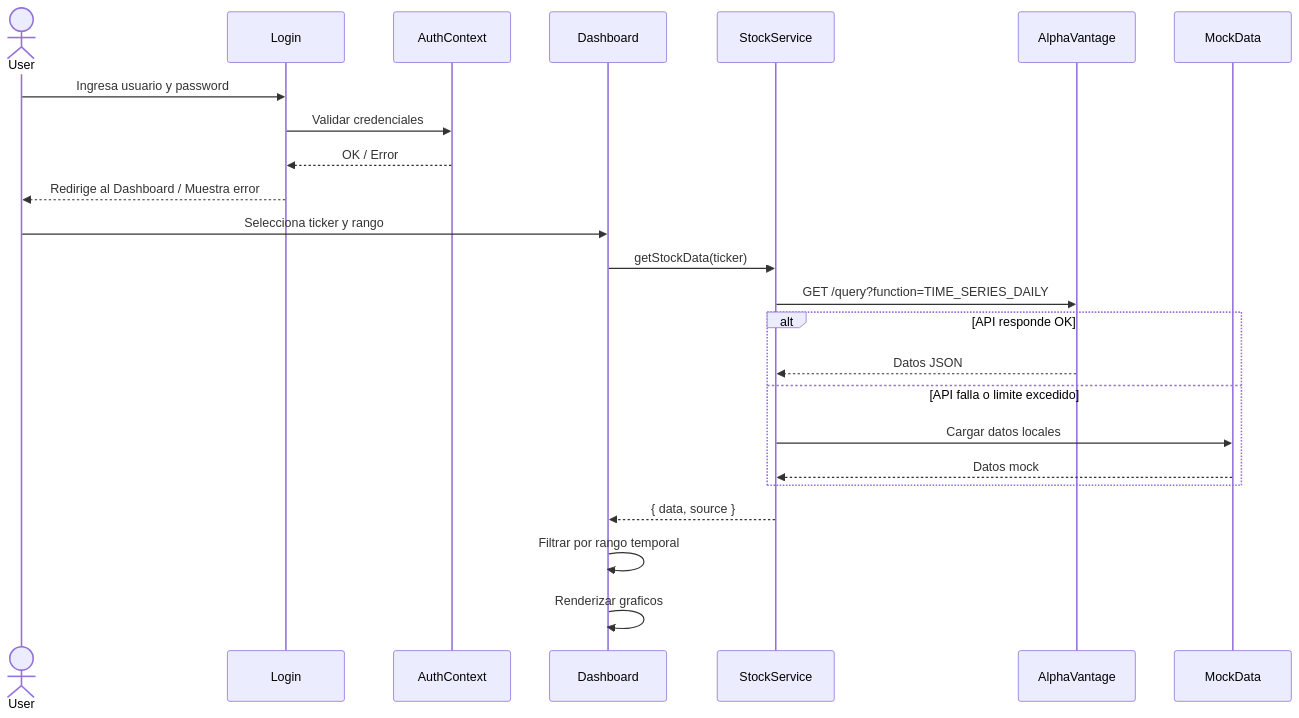
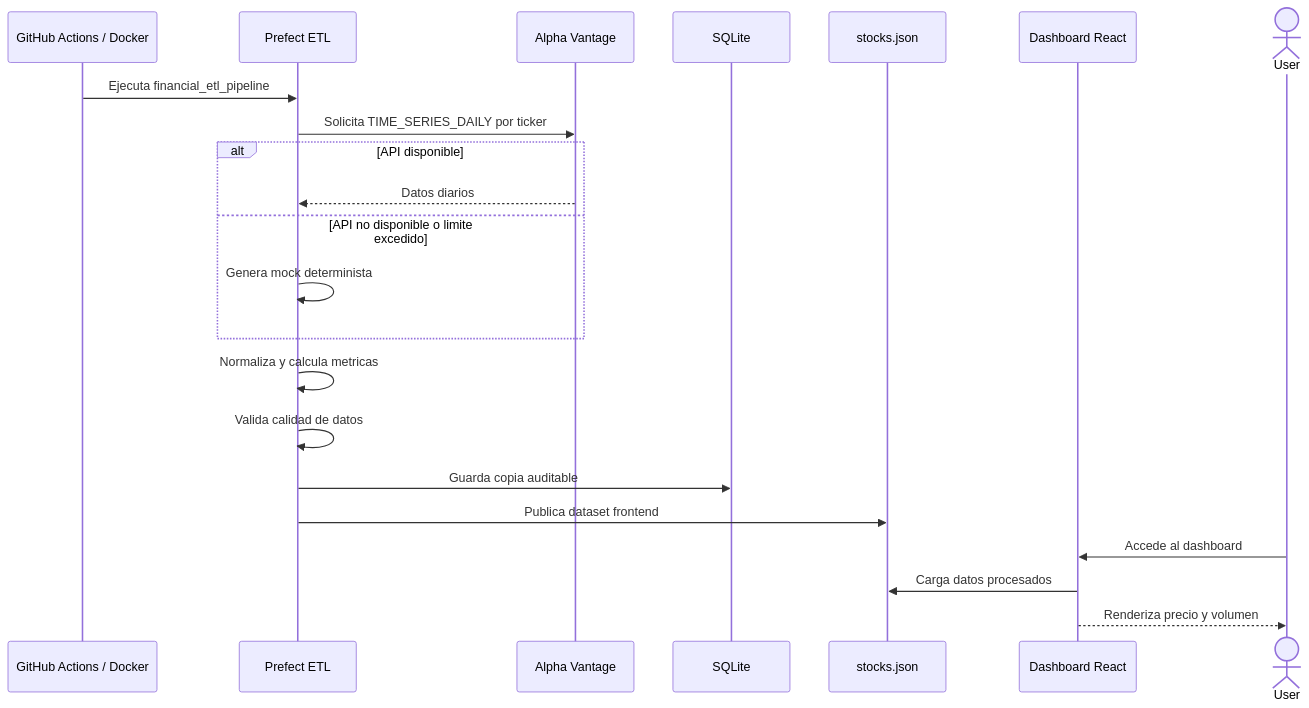
The second of 3 diagrams in ARQUITECTURA.md (iperalrobles/VIU_20GIAR_ACTIVIDAD_DATAOPS), drawn with Mermaid before and after one commit. The commit also changed other lines of this file and 2 other files, not shown here.

Commit message:
TICK-23 document DataOps sprint and architecture

````diff
--- a/ARQUITECTURA.md
+++ b/ARQUITECTURA.md
@@ -47,28 +52,25 @@
 ```mermaid
 sequenceDiagram
+    participant Scheduler as GitHub Actions / Docker
+    participant ETL as Prefect ETL
+    participant API as Alpha Vantage
+    participant DB as SQLite
+    participant JSON as stocks.json
+    participant React as Dashboard React
     actor User
-    participant Login
-    participant AuthContext
-    participant Dashboard
-    participant StockService
-    participant AlphaVantage
-    participant MockData
 
-    User->>Login: Ingresa usuario y password
-    Login->>AuthContext: Validar credenciales
-    AuthContext-->>Login: OK / Error
-    Login-->>User: Redirige al Dashboard / Muestra error
-
-    User->>Dashboard: Selecciona ticker y rango
-    Dashboard->>StockService: getStockData(ticker)
-    StockService->>AlphaVantage: GET /query?function=TIME_SERIES_DAILY
-    alt API responde OK
-        AlphaVantage-->>StockService: Datos JSON
-    else API falla o limite excedido
-        StockService->>MockData: Cargar datos locales
-        MockData-->>StockService: Datos mock
+    Scheduler->>ETL: Ejecuta financial_etl_pipeline
+    ETL->>API: Solicita TIME_SERIES_DAILY por ticker
+    alt API disponible
+        API-->>ETL: Datos diarios
+    else API no disponible o limite excedido
+        ETL->>ETL: Genera mock determinista
     end
-    StockService-->>Dashboard: { data, source }
-    Dashboard->>Dashboard: Filtrar por rango temporal
-    Dashboard->>Dashboard: Renderizar graficos
+    ETL->>ETL: Normaliza y calcula metricas
+    ETL->>ETL: Valida calidad de datos
+    ETL->>DB: Guarda copia auditable
+    ETL->>JSON: Publica dataset frontend
+    User->>React: Accede al dashboard
+    React->>JSON: Carga datos procesados
+    React-->>User: Renderiza precio y volumen
 ```
````
